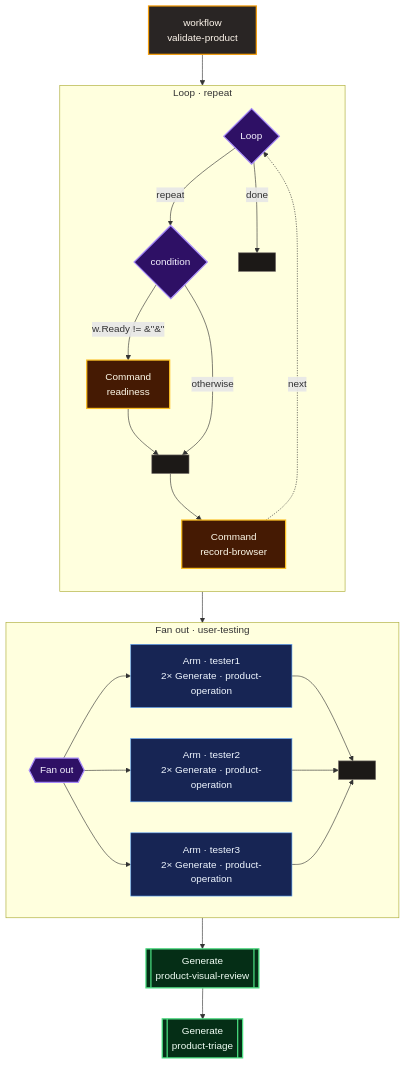
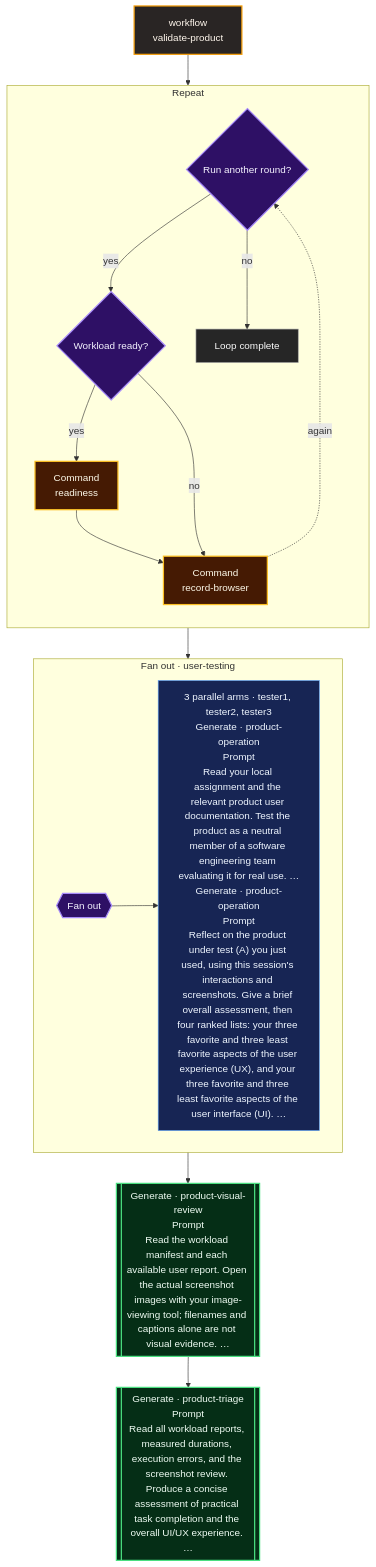
One commit to tylergannon/gimbal changed the diagram in docs-site/src/lib/generated/workflows/validate-product.mmd. Above: the diagram before and after it, drawn with Mermaid. The commit also changed 17 other files, not shown here.

Commit message:
Make workflow diagrams explain their behavior

```diff
--- a/docs-site/src/lib/generated/workflows/validate-product.mmd
+++ b/docs-site/src/lib/generated/workflows/validate-product.mmd
@@ -1,48 +1,37 @@
 %% Code generated by gimblegen. DO NOT EDIT.
 flowchart TD
   n1["workflow<br/>validate-product"]:::workflow
-  subgraph s2["Loop · repeat"]
+  subgraph s2["Repeat"]
     direction TB
-    n3{"Loop"}:::structure
-    n4[" "]:::boundary
-    n5{"condition"}:::structure
-    n6[" "]:::boundary
-    n7["Command<br/>readiness"]:::command
-    n5 -->|"w.Ready != &#34;&#34;"| n7
-    n7 --> n6
-    n5 -->|"otherwise"| n6
-    n8["Command<br/>record-browser"]:::command
-    n6 --> n8
-    n3 -->|"repeat"| n5
-    n8 -. "next" .-> n3
-    n3 -->|"done"| n4
+    n3{"Run another round?"}:::structure
+    n4["Loop complete"]:::exit
+    n5{"Workload ready?"}:::structure
+    n6["Command<br/>readiness"]:::command
+    n5 -->|"yes"| n6
+    n7["Command<br/>record-browser"]:::command
+    n6 --> n7
+    n5 -->|"no"| n7
+    n3 -->|"yes"| n5
+    n7 -. "again" .-> n3
+    n3 -->|"no"| n4
   end
-  subgraph s9["Fan out · user-testing"]
+  subgraph s8["Fan out · user-testing"]
     direction LR
-    n10{{"Fan out"}}:::structure
-    n11[" "]:::boundary
-    n12["Arm · tester1<br/>2× Generate · product-operation"]:::arm
-    n10 --> n12
-    n12 --> n11
-    n13["Arm · tester2<br/>2× Generate · product-operation"]:::arm
-    n10 --> n13
-    n13 --> n11
-    n14["Arm · tester3<br/>2× Generate · product-operation"]:::arm
-    n10 --> n14
-    n14 --> n11
+    n9{{"Fan out"}}:::structure
+    n10["3 parallel arms · tester1, tester2, tester3<br/>Generate · product-operation<br/>Prompt<br/>Read your local assignment and the relevant product user documentation. Test the product as a neutral member of a software engineering team evaluating it for real use. …<br/>Generate · product-operation<br/>Prompt<br/>Reflect on the product under test (A) you just used, using this session's interactions and screenshots. Give a brief overall assessment, then four ranked lists: your three favorite and three least favorite aspects of the user experience (UX), and your three favorite and three least favorite aspects of the user interface (UI). …"]:::arm
+    n9 --> n10
   end
-  n4 --> n10
-  n15[["Generate<br/>product-visual-review"]]:::generate
-  n11 --> n15
-  n16[["Generate<br/>product-triage"]]:::generate
-  n15 --> n16
+  n4 --> n9
+  n11[["Generate · product-visual-review<br/>Prompt<br/>Read the workload manifest and each available user report. Open the actual screenshot images with your image-viewing tool; filenames and captions alone are not visual evidence. …"]]:::generate
+  n10 --> n11
+  n12[["Generate · product-triage<br/>Prompt<br/>Read all workload reports, measured durations, execution errors, and the screenshot review. Produce a concise assessment of practical task completion and the overall UI/UX experience. …"]]:::generate
+  n11 --> n12
   n1 --> n3
   classDef workflow fill:#292524,stroke:#f59e0b,color:#fff7ed,stroke-width:2px
   classDef generate fill:#052e16,stroke:#4ade80,color:#f0fdf4,stroke-width:2px
   classDef interview fill:#3b0764,stroke:#c084fc,color:#faf5ff
   classDef command fill:#451a03,stroke:#fbbf24,color:#fffbeb,stroke-width:2px
   classDef structure fill:#2e1065,stroke:#a78bfa,color:#f5f3ff,stroke-width:2px
   classDef arm fill:#172554,stroke:#60a5fa,color:#eff6ff
   classDef exit fill:#262626,stroke:#a3a3a3,color:#fafafa
   classDef diagnostic fill:#450a0a,stroke:#f87171,color:#fef2f2,stroke-width:2px
-  classDef boundary fill:#1c1917,stroke:#78716c,color:#d6d3d1
```
